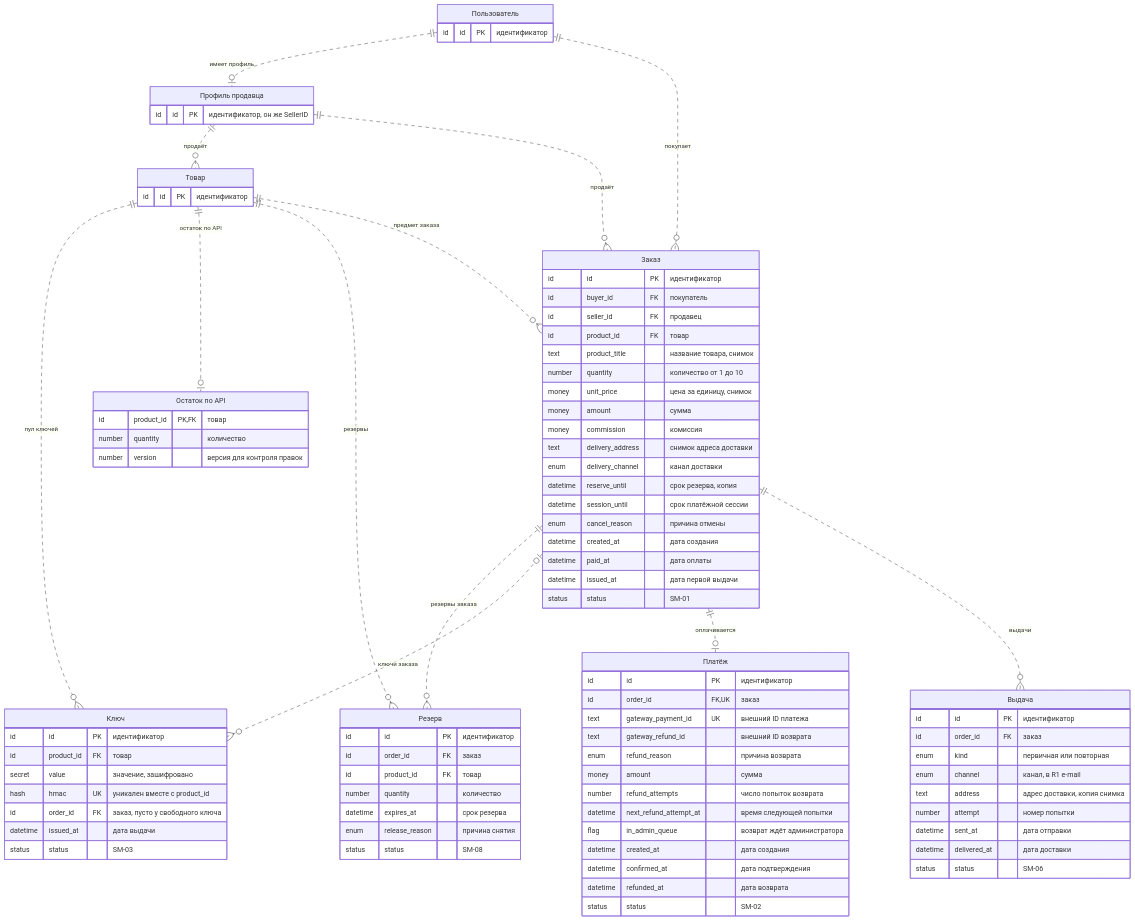
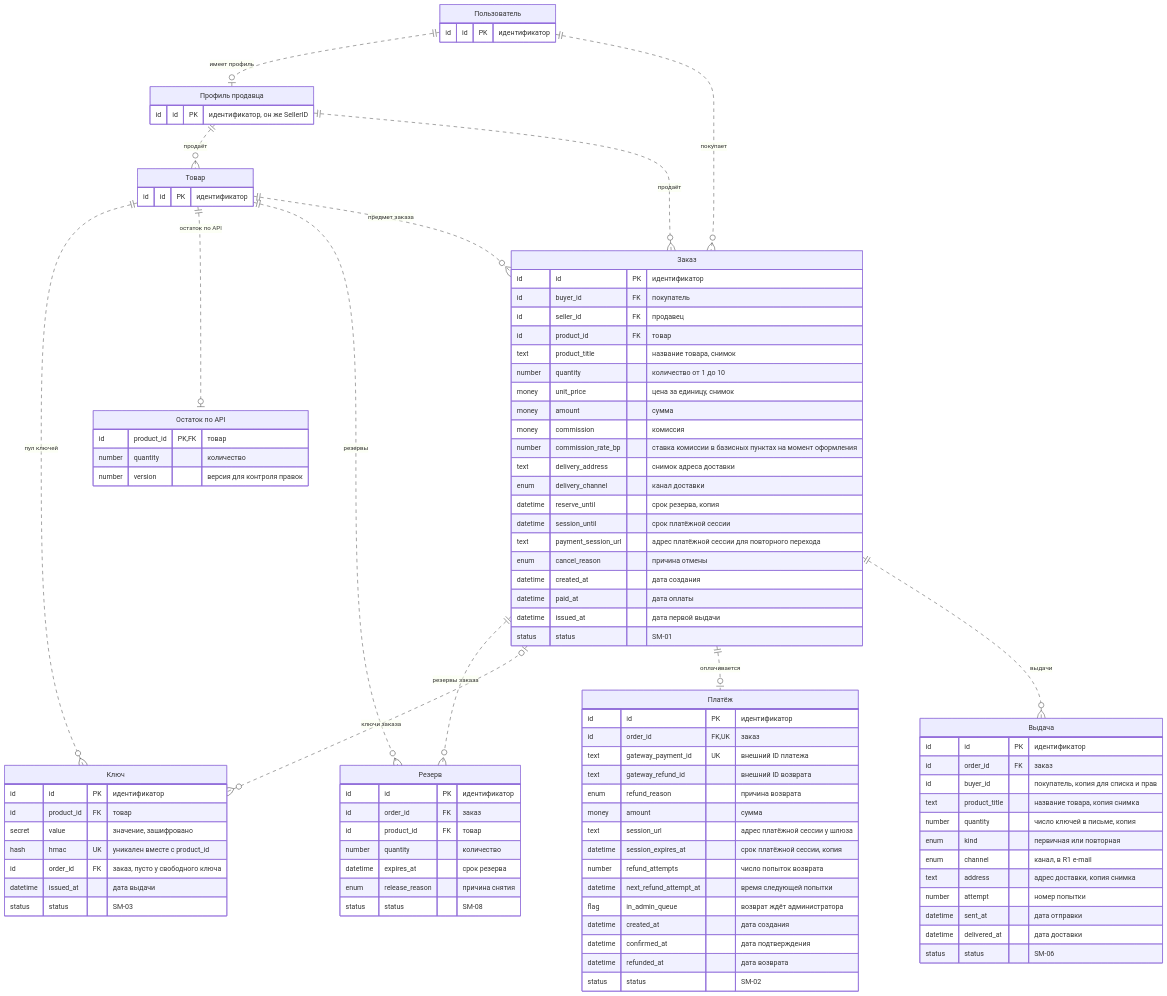
One commit to Lapin143/digital-goods-marketplace changed the third of 6 diagrams in docs/04-domain/logical-er.md. Above: the diagram before and after it, drawn with Mermaid. The commit also changed 11 other files, not shown here.

```diff
--- a/docs/04-domain/logical-er.md
+++ b/docs/04-domain/logical-er.md
@@ -213,10 +213,12 @@
         money unit_price "цена за единицу, снимок"
         money amount "сумма"
         money commission "комиссия"
+        number commission_rate_bp "ставка комиссии в базисных пунктах на момент оформления"
         text delivery_address "снимок адреса доставки"
         enum delivery_channel "канал доставки"
         datetime reserve_until "срок резерва, копия"
         datetime session_until "срок платёжной сессии"
+        text payment_session_url "адрес платёжной сессии для повторного перехода"
         enum cancel_reason "причина отмены"
         datetime created_at "дата создания"
         datetime paid_at "дата оплаты"
@@ -230,6 +232,8 @@
         text gateway_refund_id "внешний ID возврата"
         enum refund_reason "причина возврата"
         money amount "сумма"
+        text session_url "адрес платёжной сессии у шлюза"
+        datetime session_expires_at "срок платёжной сессии, копия"
         number refund_attempts "число попыток возврата"
         datetime next_refund_attempt_at "время следующей попытки"
         flag in_admin_queue "возврат ждёт администратора"
@@ -241,6 +245,9 @@
     DELIVERY["Выдача"] {
         id id PK "идентификатор"
         id order_id FK "заказ"
+        id buyer_id "покупатель, копия для списка и прав"
+        text product_title "название товара, копия снимка"
+        number quantity "число ключей в письме, копия"
         enum kind "первичная или повторная"
         enum channel "канал, в R1 e-mail"
         text address "адрес доставки, копия снимка"
```
